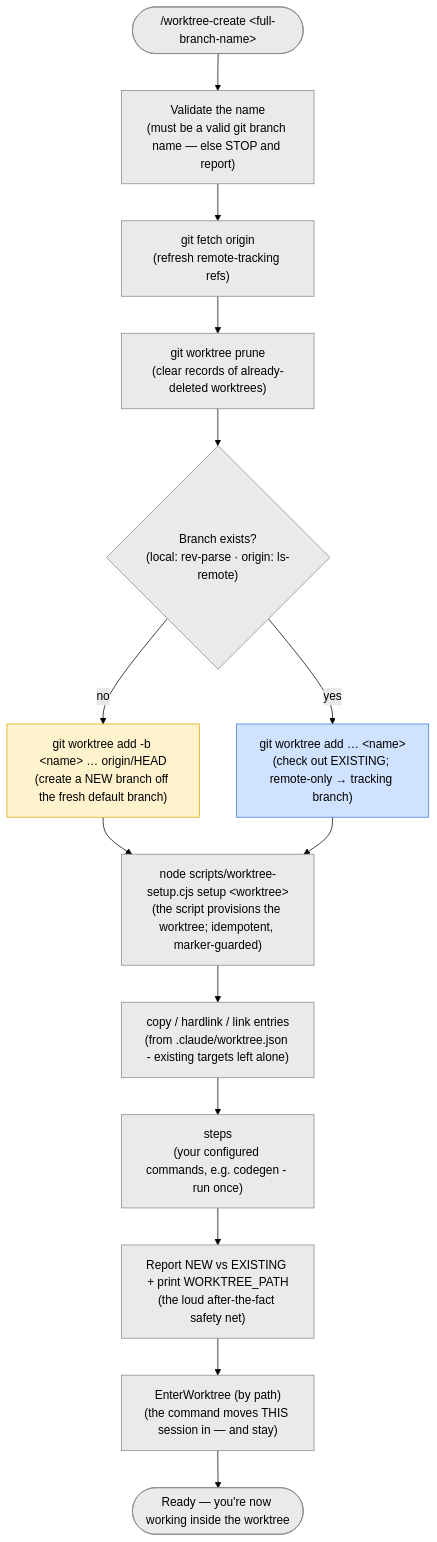
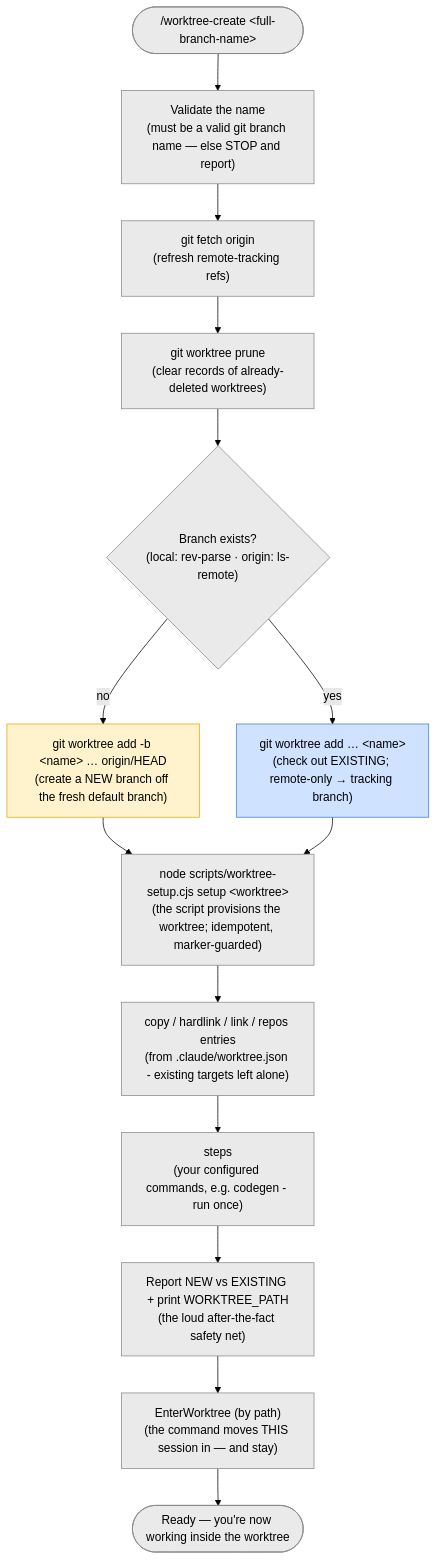
The first of 5 diagrams in worktree-per-issue/template/docs/worktrees.md (pilniczek/worktree-toolbox), drawn with Mermaid (forest theme) before and after one commit. The commit also changed other lines of this file and 3 other files, not shown here.

````diff
--- a/worktree-per-issue/template/docs/worktrees.md
+++ b/worktree-per-issue/template/docs/worktrees.md
@@ -68,25 +68,25 @@
 ```mermaid
 flowchart TD
   start(["/worktree-create &lt;full-branch-name&gt;"])
   start --> validate["Validate the name<br/>(must be a valid git branch name — else STOP and report)"]
   validate --> fetch["git fetch origin<br/>(refresh remote-tracking refs)"]
   fetch --> prune["git worktree prune<br/>(clear records of already-deleted worktrees)"]
   prune --> exists{"Branch exists?<br/>(local: rev-parse · origin: ls-remote)"}
   exists -->|"no"| createnew["git worktree add -b &lt;name&gt; … origin/HEAD<br/>(create a NEW branch off the fresh default branch)"]
   exists -->|"yes"| checkout["git worktree add … &lt;name&gt;<br/>(check out EXISTING; remote-only → tracking branch)"]
   createnew --> setup
   checkout --> setup
   setup["node scripts/worktree-setup.cjs setup &lt;worktree&gt;<br/>(the script provisions the worktree; idempotent, marker-guarded)"]
-  setup --> nm["copy / hardlink / link entries<br/>(from .claude/worktree.json - existing targets left alone)"]
+  setup --> nm["copy / hardlink / link / repos entries<br/>(from .claude/worktree.json - existing targets left alone)"]
   nm --> steps["steps<br/>(your configured commands, e.g. codegen - run once)"]
   steps --> report["Report NEW vs EXISTING + print WORKTREE_PATH<br/>(the loud after-the-fact safety net)"]
   report --> enter["EnterWorktree (by path)<br/>(the command moves THIS session in — and stay)"]
   enter --> ready(["Ready — you're now working inside the worktree"])
 
   classDef step fill:#eaeaea,stroke:#888,color:#000;
   classDef newc fill:#fff3cd,stroke:#e0a800,color:#000;
   classDef oldc fill:#cfe2ff,stroke:#3d7bd6,color:#000;
   class start,validate,fetch,prune,exists,setup,nm,steps,report,enter,ready step;
   class createnew newc;
   class checkout oldc;
 ```
````
